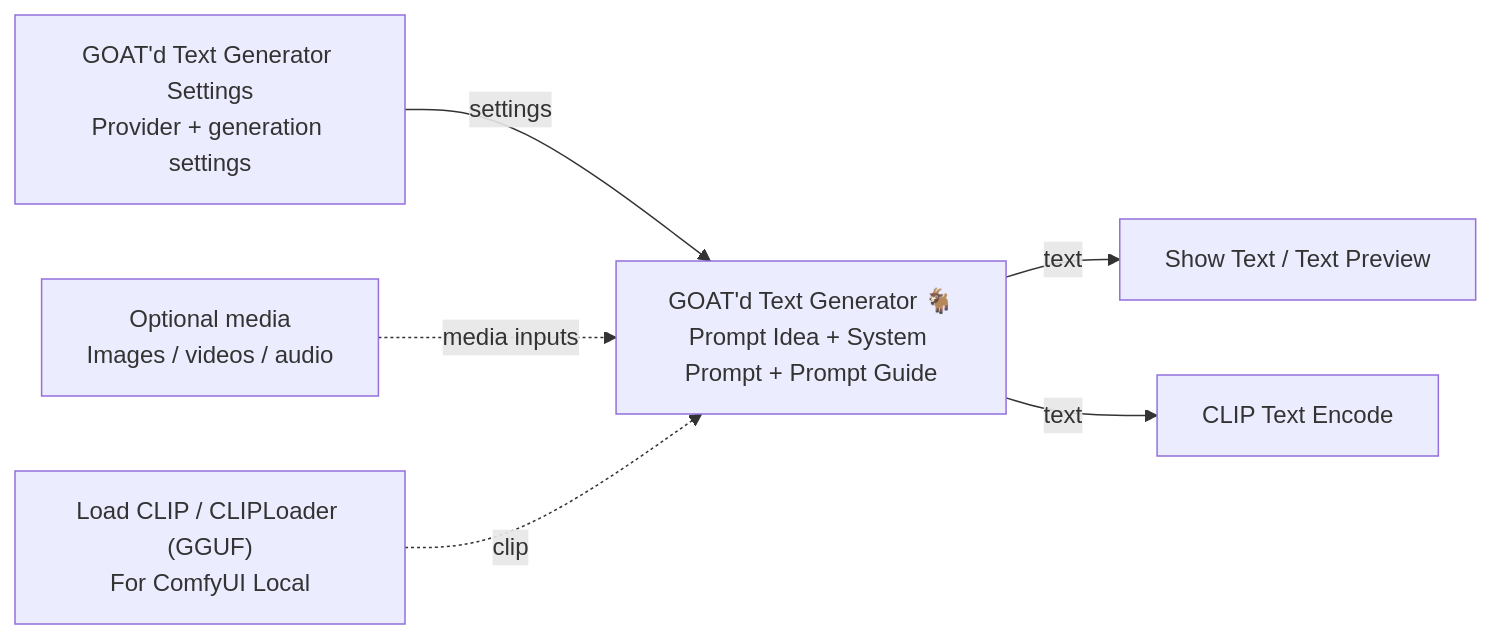
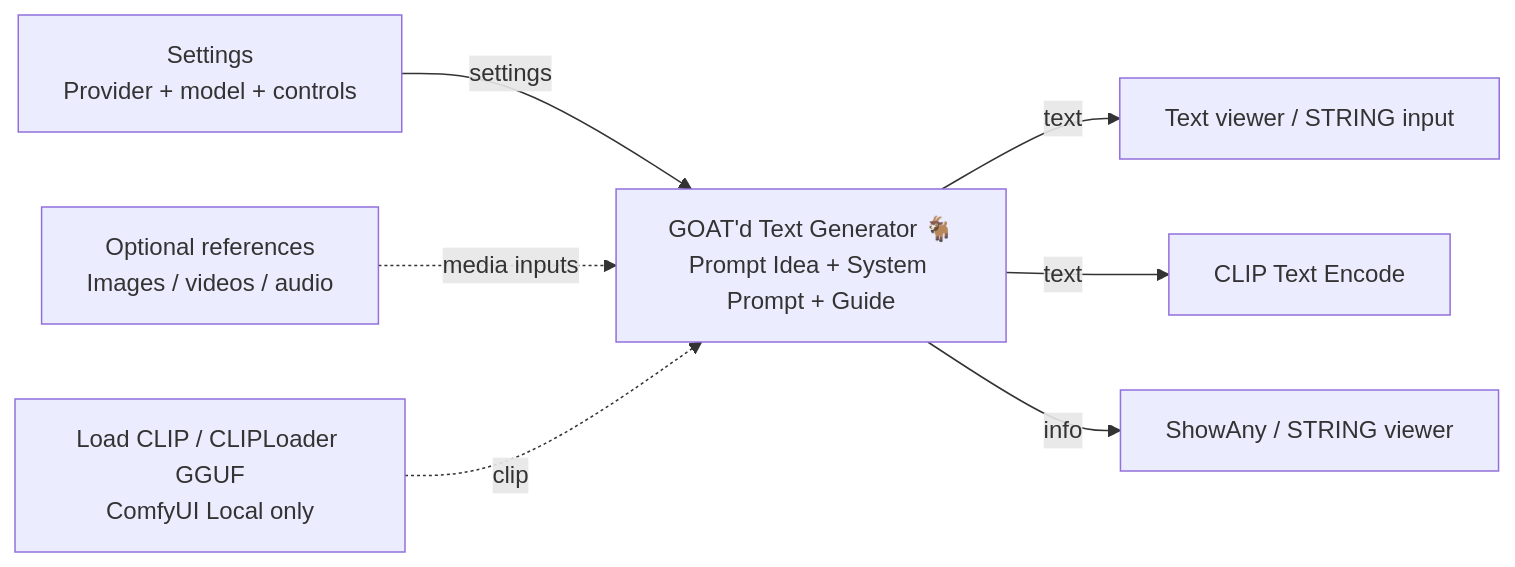
One commit to ninjaGurung/ComfyUI-GOATd-Universal-Text-Generator changed the diagram in README.md. Above: the diagram before and after it, drawn with Mermaid. The commit also changed other lines of this file and 26 other files, not shown here.

````diff
--- a/README.md
+++ b/README.md
@@ -56,8 +58,9 @@
 ```mermaid
 flowchart LR
-    settings["GOAT'd Text Generator Settings<br/>Provider + generation settings"] -->|settings| generator["GOAT'd Text Generator 🐐<br/>Prompt Idea + System Prompt + Prompt Guide"]
-    media["Optional media<br/>Images / videos / audio"] -.->|media inputs| generator
-    clip["Load CLIP / CLIPLoader (GGUF)<br/>For ComfyUI Local"] -.->|clip| generator
-    generator -->|text| preview["Show Text / Text Preview"]
+    settings["Settings<br/>Provider + model + controls"] -->|settings| generator["GOAT'd Text Generator 🐐<br/>Prompt Idea + System Prompt + Guide"]
+    media["Optional references<br/>Images / videos / audio"] -.->|media inputs| generator
+    clip["Load CLIP / CLIPLoader GGUF<br/>ComfyUI Local only"] -.->|clip| generator
+    generator -->|text| preview["Text viewer / STRING input"]
     generator -->|text| encode["CLIP Text Encode"]
+    generator -->|info| info["ShowAny / STRING viewer"]
 ```
````
